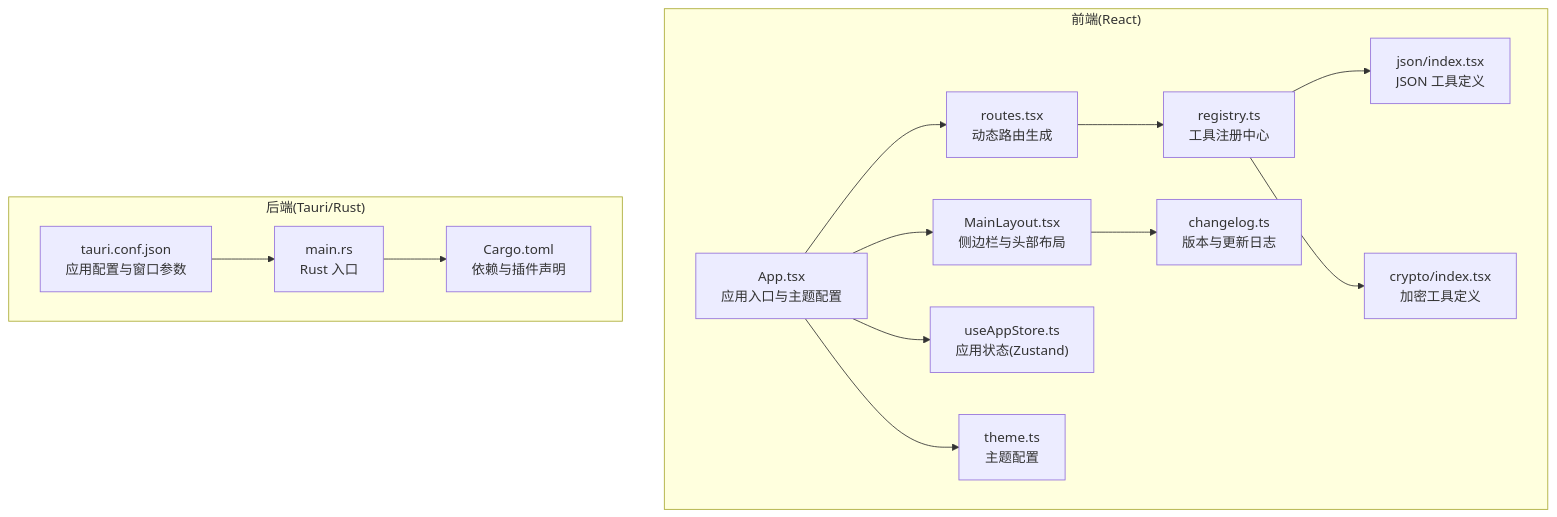
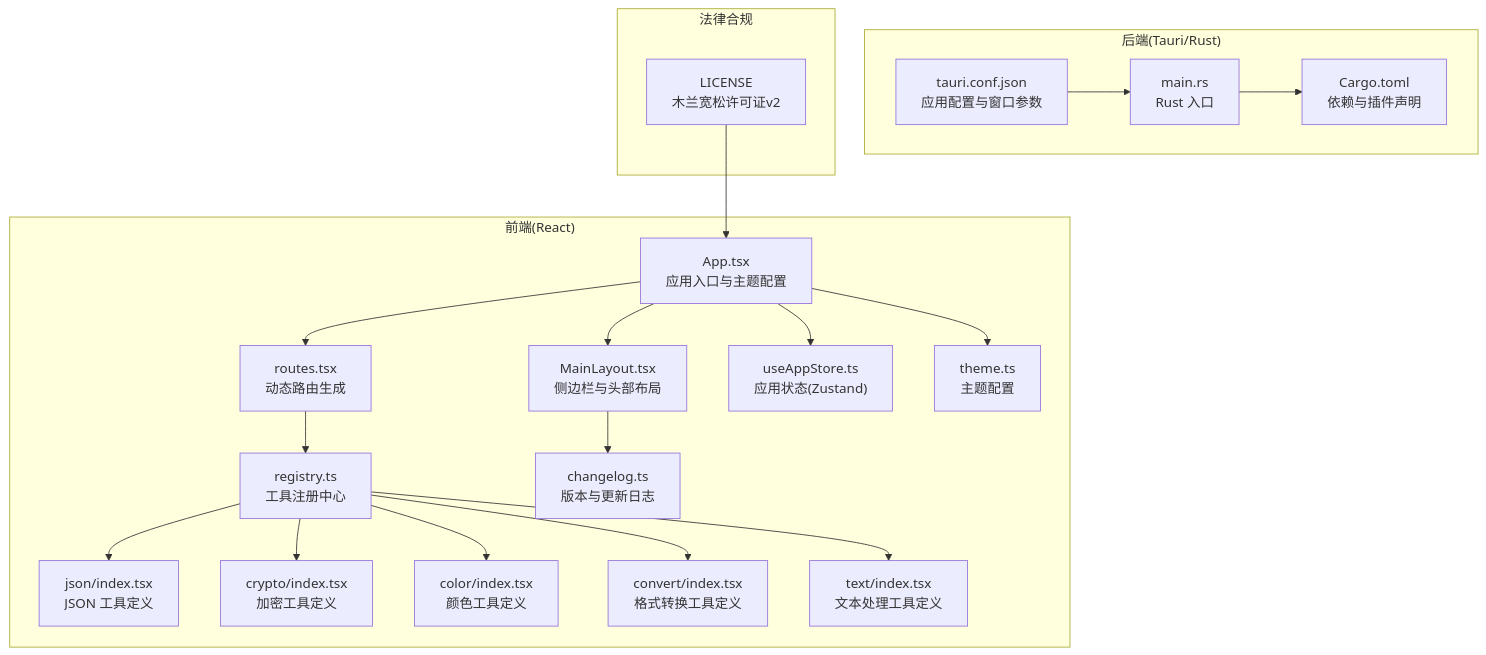
One commit to xkdaq/XKUtil changed the first of 10 diagrams in .qoder/repowiki/zh/content/项目概述/项目概述.md. Above: the diagram before and after it, drawn with Mermaid. The commit also changed other lines of this file and 7 other files, not shown here.

````diff
--- a/.qoder/repowiki/zh/content/项目概述/项目概述.md
+++ b/.qoder/repowiki/zh/content/项目概述/项目概述.md
@@ -48,29 +55,39 @@
 ```mermaid
 graph TB
 subgraph "前端(React)"
 A_App["App.tsx<br/>应用入口与主题配置"]
 A_Routes["routes.tsx<br/>动态路由生成"]
 A_Layout["MainLayout.tsx<br/>侧边栏与头部布局"]
 A_Store["useAppStore.ts<br/>应用状态(Zustand)"]
 A_Registry["registry.ts<br/>工具注册中心"]
 A_JSON["json/index.tsx<br/>JSON 工具定义"]
 A_Crypto["crypto/index.tsx<br/>加密工具定义"]
+A_Color["color/index.tsx<br/>颜色工具定义"]
+A_Convert["convert/index.tsx<br/>格式转换工具定义"]
+A_Text["text/index.tsx<br/>文本处理工具定义"]
 A_Theme["theme.ts<br/>主题配置"]
 A_Changelog["changelog.ts<br/>版本与更新日志"]
 end
 subgraph "后端(Tauri/Rust)"
 B_Conf["tauri.conf.json<br/>应用配置与窗口参数"]
 B_MainRS["main.rs<br/>Rust 入口"]
 B_Cargo["Cargo.toml<br/>依赖与插件声明"]
 end
+subgraph "法律合规"
+C_License["LICENSE<br/>木兰宽松许可证v2"]
+end
 A_App --> A_Routes
 A_App --> A_Layout
 A_App --> A_Store
 A_Routes --> A_Registry
 A_Registry --> A_JSON
 A_Registry --> A_Crypto
+A_Registry --> A_Color
+A_Registry --> A_Convert
+A_Registry --> A_Text
 A_App --> A_Theme
 A_Layout --> A_Changelog
 B_MainRS --> B_Cargo
 B_Conf --> B_MainRS
+C_License --> A_App
 ```
````
